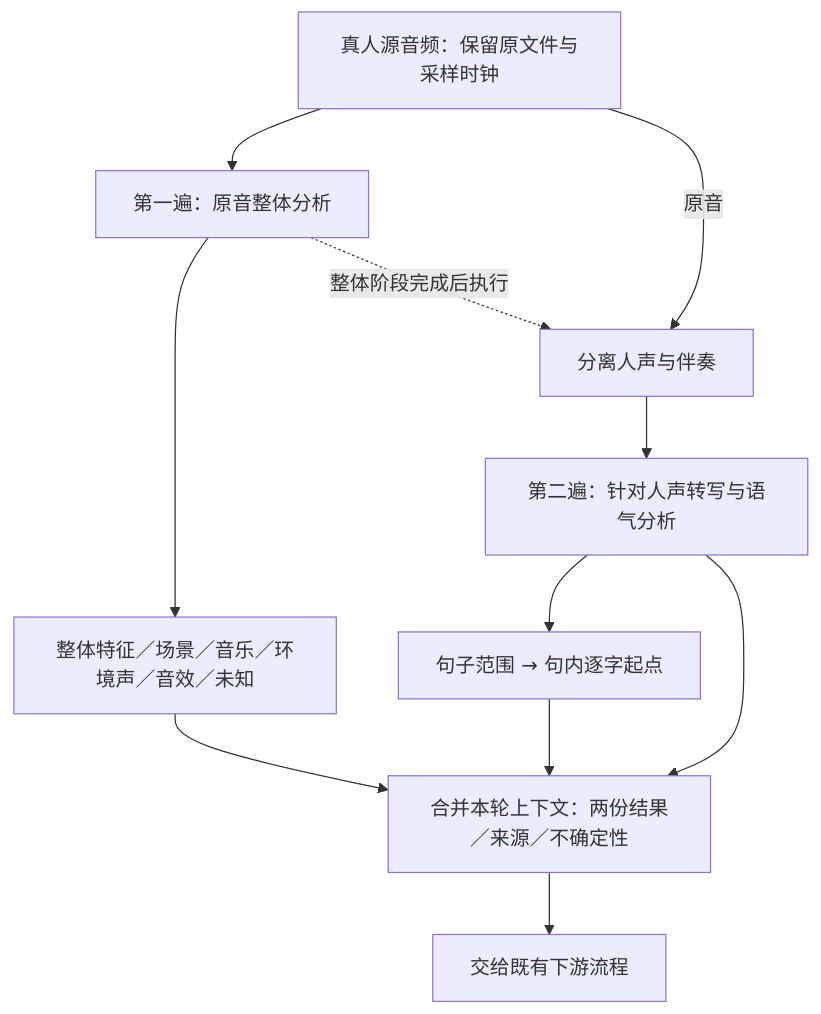
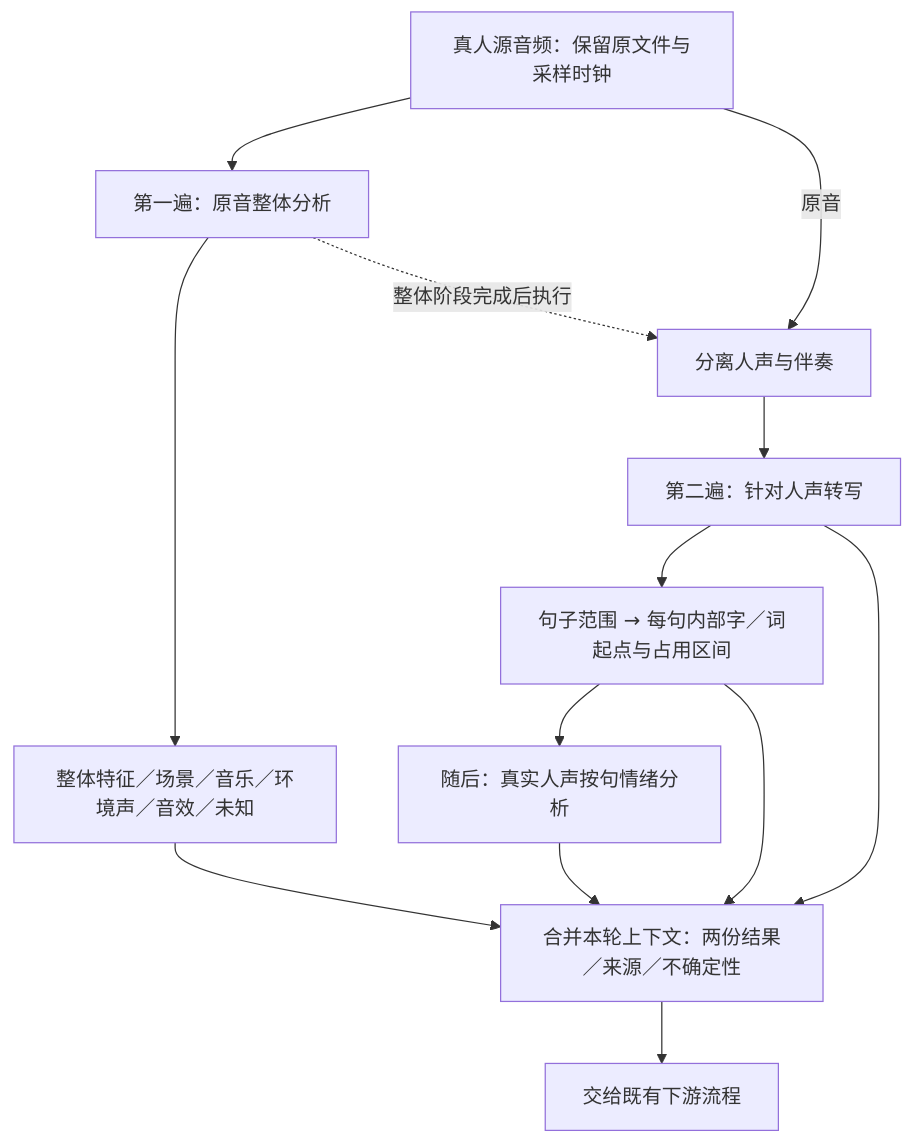
The second of 2 diagrams in voice-system-flow.md (pellx/mutsumi), drawn with Mermaid before and after one commit. The commit also changed other lines of this file, not shown here.

Commit message:
Order input emotion after sentence-local character starts in flow

````diff
--- a/voice-system-flow.md
+++ b/voice-system-flow.md
@@ -78,13 +78,15 @@
 ```mermaid
 flowchart TD
     A["真人源音频：保留原文件与采样时钟"] --> B["第一遍：原音整体分析"]
     B --> C["整体特征／场景／音乐／环境声／音效／未知"]
     A -->|原音| D["分离人声与伴奏"]
     B -. "整体阶段完成后执行" .-> D
-    D --> E["第二遍：针对人声转写与语气分析"]
-    E --> F["句子范围 → 句内逐字起点"]
+    D --> E["第二遍：针对人声转写"]
+    E --> F["句子范围 → 每句内部字／词起点与占用区间"]
+    F --> I["随后：真实人声按句情绪分析"]
+    I --> G
     C --> G["合并本轮上下文：两份结果／来源／不确定性"]
     E --> G
     F --> G
     G --> H["交给既有下游流程"]
 ```
````
